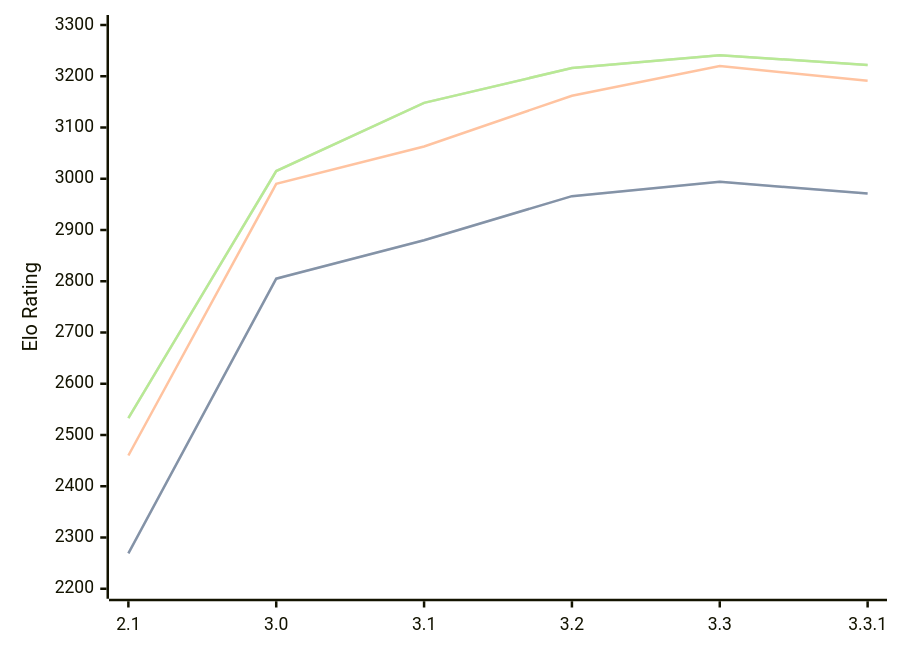
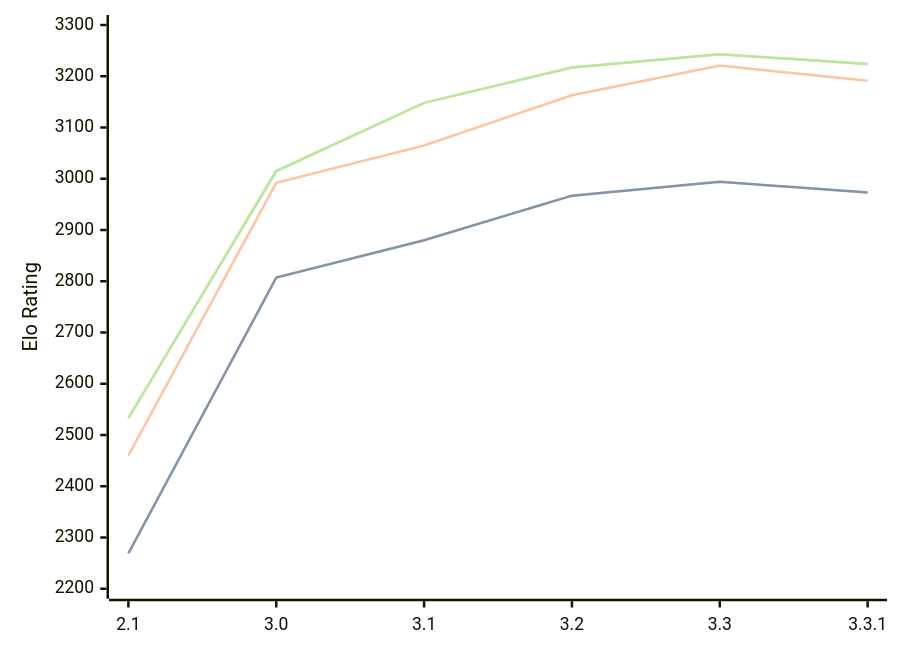
One commit to computer-chess-index/cci changed the diagram in engines/Petrel.md. Above: the diagram before and after it, drawn with Mermaid. The commit also changed other lines of this file, not shown here.

Commit message:
Update CCI Ratings (ELO VLTC) - 2026-05-14

````diff
--- a/engines/Petrel.md
+++ b/engines/Petrel.md
@@ -45,11 +45,11 @@
 ```mermaid
 %%{init: {"theme":"base","themeVariables":{"seriesColors:['#a3a3a3','#222221','#faa371']}}}%%
 xychart-beta
   x-axis ["2.1", "3.0", "3.1", "3.2", "3.3", "3.3.1"]
   y-axis "Elo Rating" 2200 --> 3300
-  line "STC (8.0+0.08s)" [2269, 2805, 2880, 2966, 2994, 2971]
-  line "STC (8.0+0.08s)" [2269, 2805, 2880, 2966, 2994, 2971]
-  line "LTC (60.0+0.60s)" [2460, 2990, 3063, 3162, 3220, 3191]
-  line "VLTC (2m24s+1.12s)" [2533, 3015, 3148, 3216, 3241, 3222]
-  line "VLTC (2m24s+1.12s)" [2533, 3015, 3148, 3216, 3241, 3222]
+  line "STC (8.0+0.08s)" [2269, 2807, 2880, 2967, 2994, 2973]
+  line "STC (8.0+0.08s)" [2269, 2807, 2880, 2967, 2994, 2973]
+  line "LTC (60.0+0.60s)" [2460, 2992, 3065, 3163, 3221, 3191]
+  line "VLTC (2m24s+1.12s)" [2533, 3015, 3148, 3217, 3243, 3224]
+  line "VLTC (2m24s+1.12s)" [2533, 3015, 3148, 3217, 3243, 3224]
 ```
````
